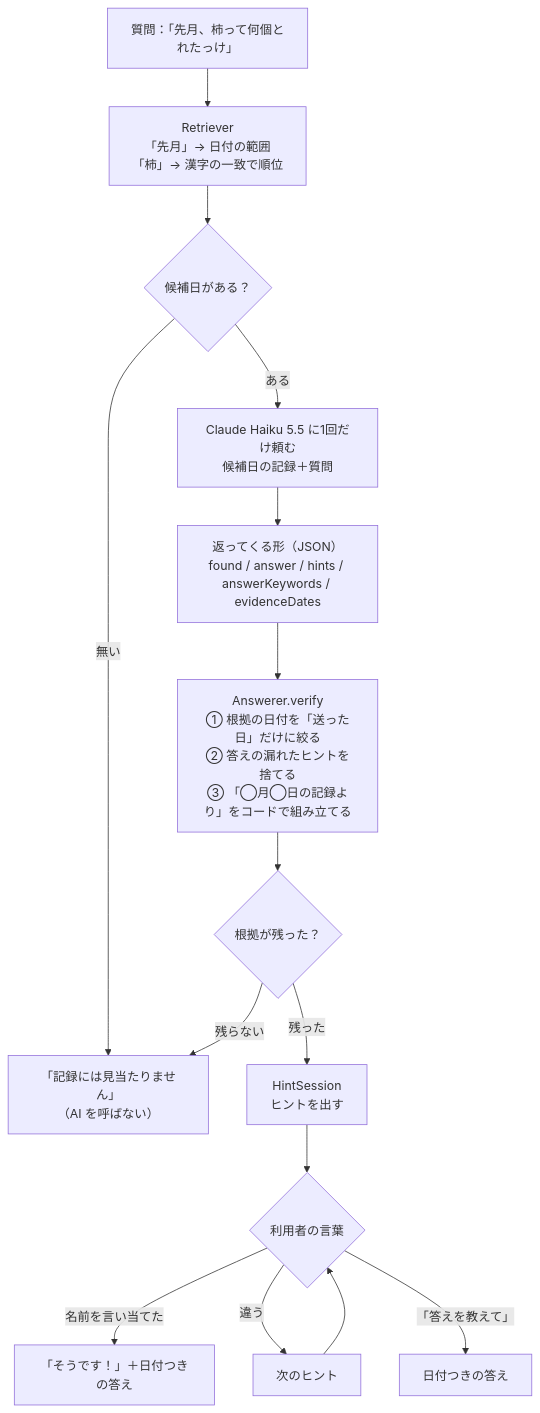
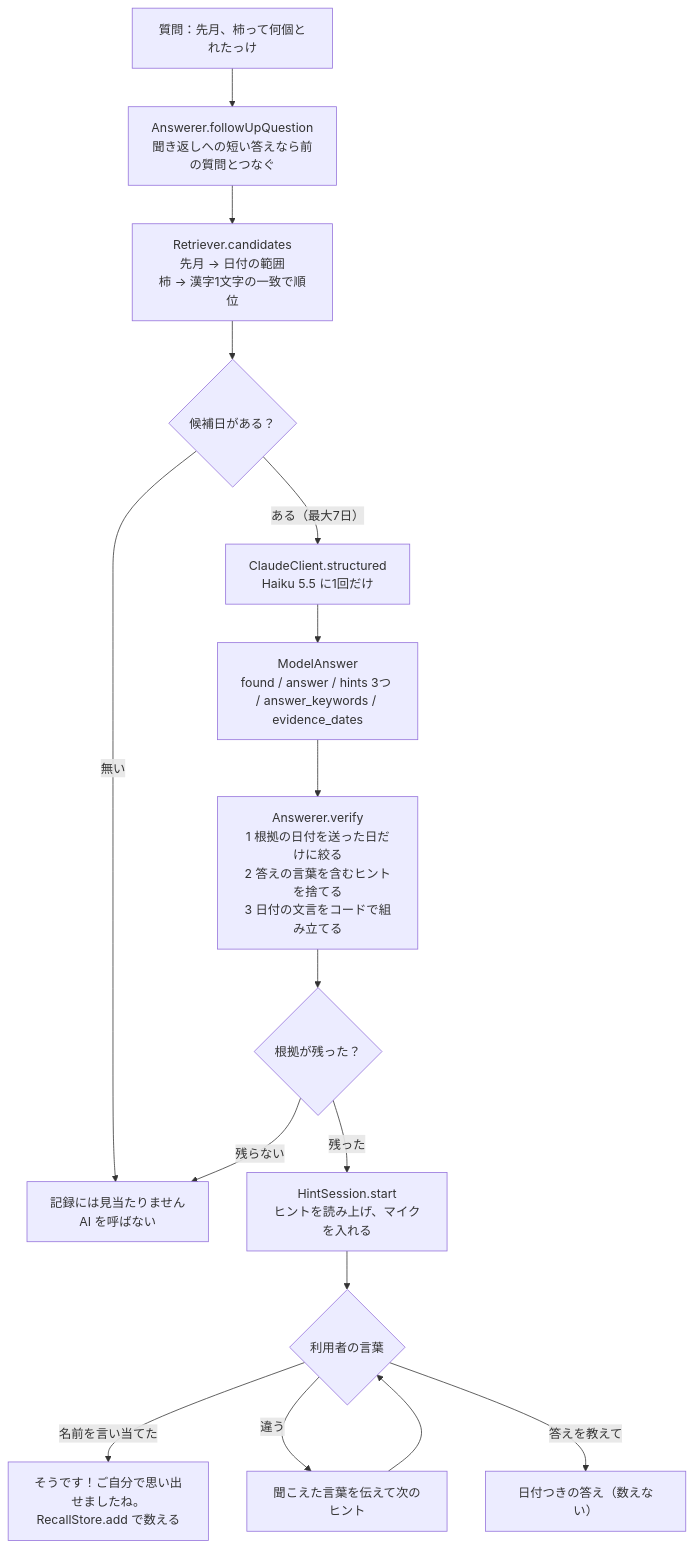
One commit to TadFuji/dowasure-aibou changed the fourth of 5 diagrams in docs/設計.md. Above: the diagram before and after it, drawn with Mermaid. The commit also changed other lines of this file and 13 other files, not shown here.

````diff
--- a/docs/設計.md
+++ b/docs/設計.md
@@ -64,17 +180,18 @@
 ```mermaid
 flowchart TD
-    Q["質問：「先月、柿って何個とれたっけ」"] --> R["Retriever<br/>「先月」→ 日付の範囲<br/>「柿」→ 漢字の一致で順位"]
+    Q["質問：先月、柿って何個とれたっけ"] --> F["Answerer.followUpQuestion<br/>聞き返しへの短い答えなら前の質問とつなぐ"]
+    F --> R["Retriever.candidates<br/>先月 → 日付の範囲<br/>柿 → 漢字1文字の一致で順位"]
     R --> C{"候補日がある？"}
-    C -- 無い --> NF["「記録には見当たりません」<br/>（AI を呼ばない）"]
-    C -- ある --> AI["Claude Haiku 5.5 に1回だけ頼む<br/>候補日の記録＋質問"]
-    AI --> J["返ってくる形（JSON）<br/>found / answer / hints / answerKeywords / evidenceDates"]
-    J --> V["Answerer.verify<br/>① 根拠の日付を「送った日」だけに絞る<br/>② 答えの漏れたヒントを捨てる<br/>③ 「◯月◯日の記録より」をコードで組み立てる"]
+    C -- "無い" --> NF["記録には見当たりません<br/>AI を呼ばない"]
+    C -- "ある（最大7日）" --> AI["ClaudeClient.structured<br/>Haiku 5.5 に1回だけ"]
+    AI --> J["ModelAnswer<br/>found / answer / hints 3つ / answer_keywords / evidence_dates"]
+    J --> V["Answerer.verify<br/>1 根拠の日付を送った日だけに絞る<br/>2 答えの言葉を含むヒントを捨てる<br/>3 日付の文言をコードで組み立てる"]
     V --> OK{"根拠が残った？"}
-    OK -- 残らない --> NF
-    OK -- 残った --> H["HintSession<br/>ヒントを出す"]
+    OK -- "残らない" --> NF
+    OK -- "残った" --> H["HintSession.start<br/>ヒントを読み上げ、マイクを入れる"]
     H --> U{"利用者の言葉"}
-    U -- 名前を言い当てた --> A1["「そうです！」＋日付つきの答え"]
-    U -- 違う --> H2["次のヒント"]
-    U -- 「答えを教えて」 --> A2["日付つきの答え"]
+    U -- "名前を言い当てた" --> A1["そうです！ご自分で思い出せましたね。<br/>RecallStore.add で数える"]
+    U -- "違う" --> H2["聞こえた言葉を伝えて次のヒント"]
+    U -- "答えを教えて" --> A2["日付つきの答え（数えない）"]
     H2 --> U
 ```
````
